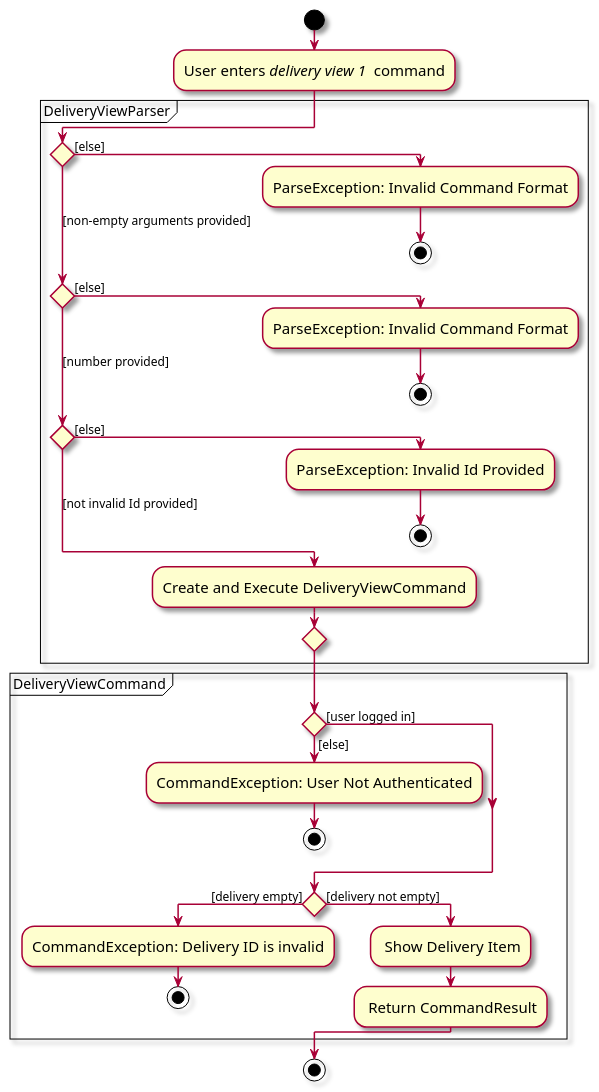
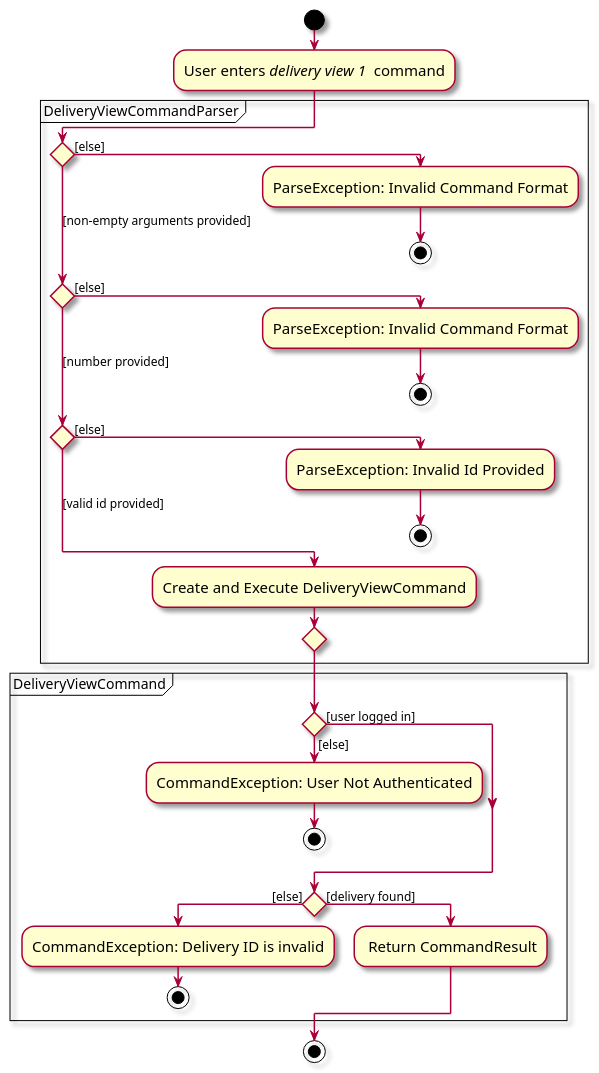
Before and after one commit to zhonghan721/tp: the diagram in diagrams/implementation/delivery/DeliveryViewActivityDiagram.puml, drawn with PlantUML. The commit also changed 47 other files, not shown here.

```diff
--- a/diagrams/implementation/delivery/DeliveryViewActivityDiagram.puml
+++ b/diagrams/implementation/delivery/DeliveryViewActivityDiagram.puml
@@ -1,41 +1,40 @@
 @startuml
 skin rose
 skinparam ActivityFontSize 15
 skinparam ArrowFontSize 12
 
 !pragma useVerticalIf on
 start
 :User enters <i>delivery view 1 </i> command;
-partition DeliveryViewParser {
+partition DeliveryViewCommandParser {
     if () then ([else])
         :ParseException: Invalid Command Format;
         stop
     ([non-empty arguments provided]) elseif () then ([else])
         :ParseException: Invalid Command Format;
         stop
     ([number provided]) elseif () then ([else])
         :ParseException: Invalid Id Provided;
         stop
-    else ([not invalid Id provided])
+    else ([valid id provided])
         :Create and Execute DeliveryViewCommand;
         endif
 }
 
 partition DeliveryViewCommand {
     if () then ([else])
         :CommandException: User Not Authenticated;
         stop
         else ([user logged in])
     endif
-    if () then ([delivery empty])
+    if () then ([else])
         :CommandException: Delivery ID is invalid;
         stop
-    else ([delivery not empty])
-        : Show Delivery Item;
+    else ([delivery found])
         : Return CommandResult;
     endif
 }
 
 stop
 
 @enduml
```
